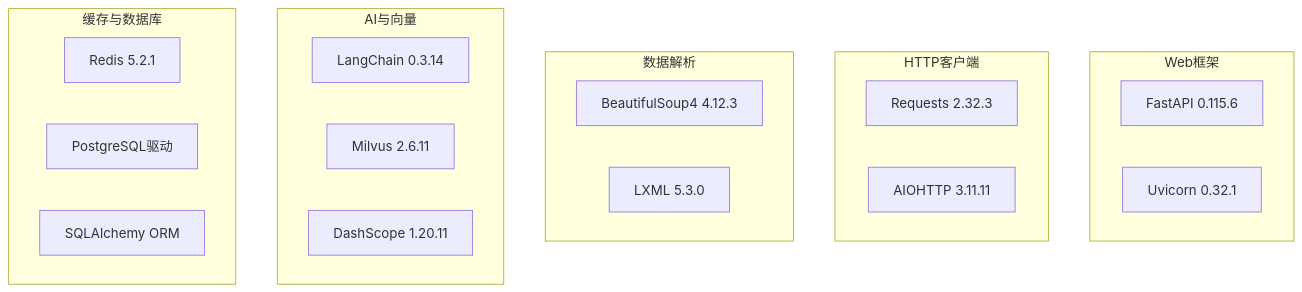
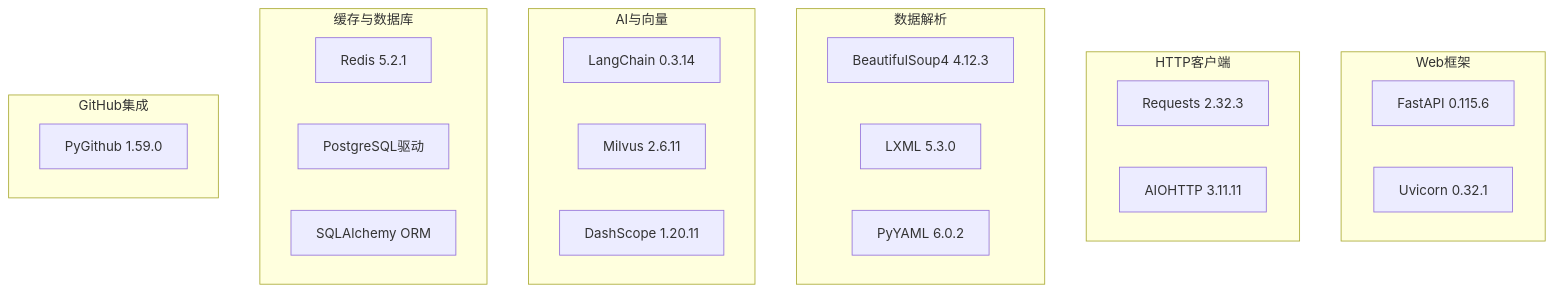
One commit to ghbbn053-ship-itsoulddog/soulddog changed the fifth of 6 diagrams in .qoder/repowiki/zh/content/后端API文档/后端API文档.md. Above: the diagram before and after it, drawn with Mermaid. The commit also changed other lines of this file and 119 other files, not shown here.

````diff
--- a/.qoder/repowiki/zh/content/后端API文档/后端API文档.md
+++ b/.qoder/repowiki/zh/content/后端API文档/后端API文档.md
@@ -398,25 +962,29 @@
 ```mermaid
 graph TB
 subgraph "Web框架"
 FastAPI[FastAPI 0.115.6]
 Uvicorn[Uvicorn 0.32.1]
 end
 subgraph "HTTP客户端"
 Requests[Requests 2.32.3]
 AIOHTTP[AIOHTTP 3.11.11]
 end
 subgraph "数据解析"
 BeautifulSoup[BeautifulSoup4 4.12.3]
 LXML[LXML 5.3.0]
+PyYAML[PyYAML 6.0.2]
 end
 subgraph "AI与向量"
 LangChain[LangChain 0.3.14]
 Milvus[Milvus 2.6.11]
 DashScope[DashScope 1.20.11]
 end
 subgraph "缓存与数据库"
 Redis[Redis 5.2.1]
 PostgreSQL[PostgreSQL驱动]
 SQLAlchemy[SQLAlchemy ORM]
 end
+subgraph "GitHub集成"
+PyGithub[PyGithub 1.59.0]
+end
 ```
````
